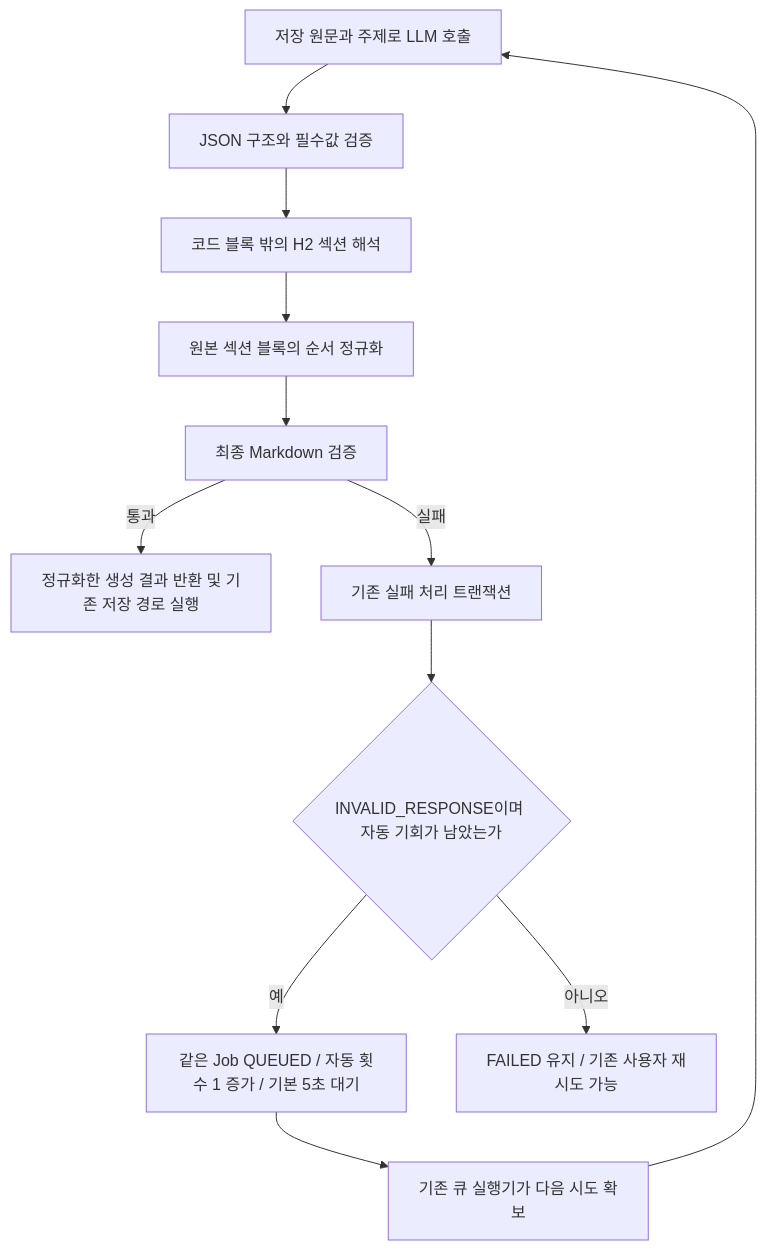
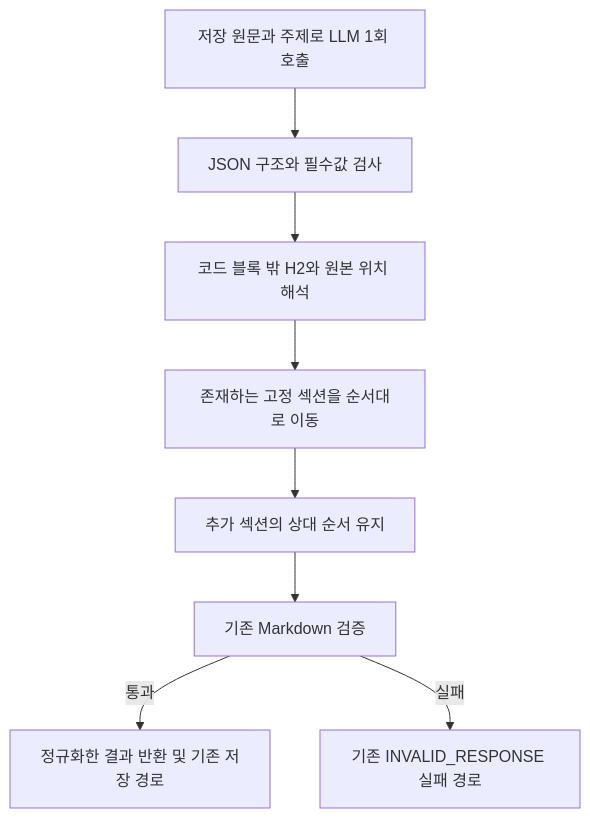
One commit to geongyu09/2026-Knot changed the diagram in docs/implement-plan/873-document-markdown-normalization.md. Above: the diagram before and after it, drawn with Mermaid. The commit also changed other lines of this file, not shown here.

Commit message:
docs: 정규화 Hotfix 범위와 분리 검증 결과 정리

````diff
--- a/docs/implement-plan/873-document-markdown-normalization.md
+++ b/docs/implement-plan/873-document-markdown-normalization.md
@@ -28,14 +23,10 @@
 ```mermaid
 flowchart TD
-    A[저장 원문과 주제로 LLM 호출] --> B[JSON 구조와 필수값 검증]
-    B --> C[코드 블록 밖의 H2 섹션 해석]
-    C --> D[원본 섹션 블록의 순서 정규화]
-    D --> E[최종 Markdown 검증]
-    E -->|통과| F[정규화한 생성 결과 반환 및 기존 저장 경로 실행]
-    E -->|실패| G[기존 실패 처리 트랜잭션]
-    G --> H{INVALID_RESPONSE이며 자동 기회가 남았는가}
-    H -->|예| I[같은 Job QUEUED / 자동 횟수 1 증가 / 기본 5초 대기]
-    I --> J[기존 큐 실행기가 다음 시도 확보]
-    J --> A
-    H -->|아니오| K[FAILED 유지 / 기존 사용자 재시도 가능]
+    A[저장 원문과 주제로 LLM 1회 호출] --> B[JSON 구조와 필수값 검사]
+    B --> C[코드 블록 밖 H2와 원본 위치 해석]
+    C --> D[존재하는 고정 섹션을 순서대로 이동]
+    D --> E[추가 섹션의 상대 순서 유지]
+    E --> F[기존 Markdown 검증]
+    F -->|통과| G[정규화한 결과 반환 및 기존 저장 경로]
+    F -->|실패| H[기존 INVALID_RESPONSE 실패 경로]
 ```
````
